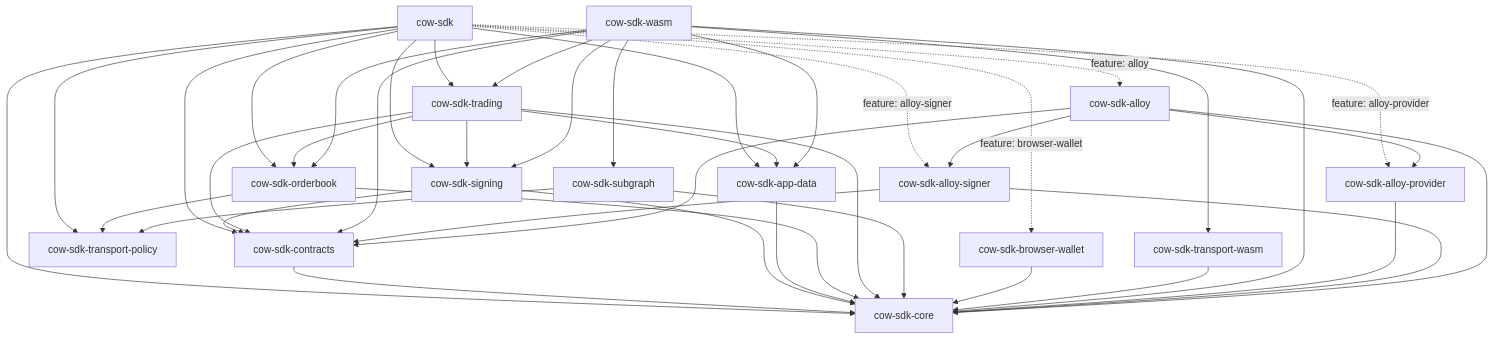
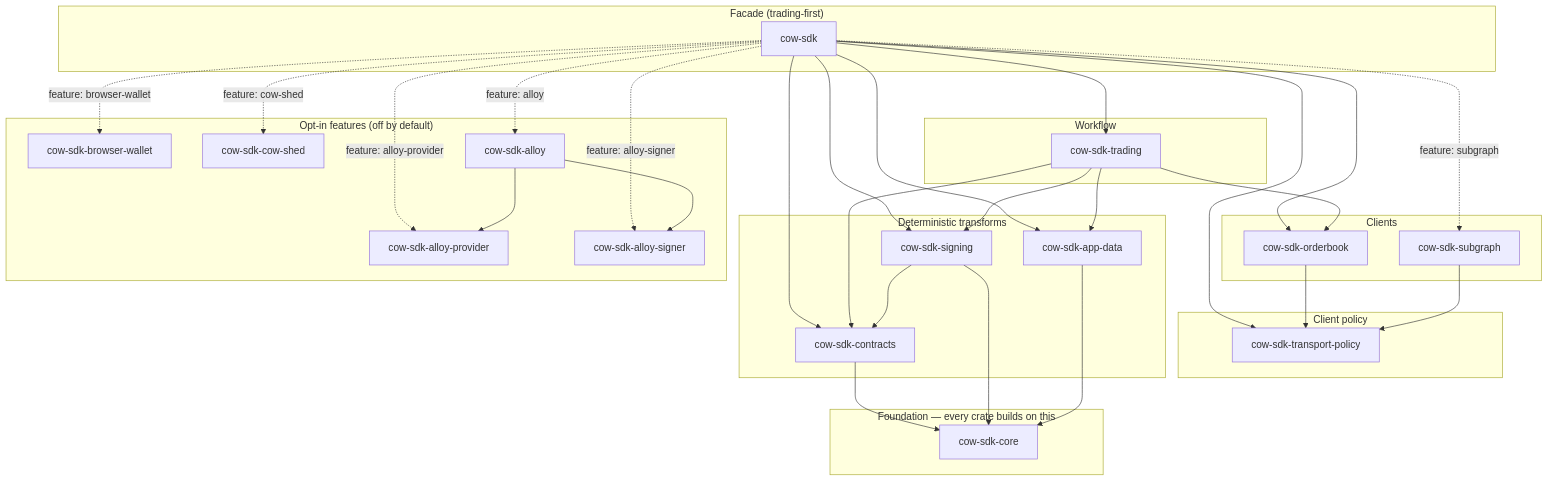
One commit to 0xSymbiome/cow-rs changed the first of 2 diagrams in docs/architecture.md. Above: the diagram before and after it, drawn with Mermaid. The commit also changed other lines of this file and 26 other files, not shown here.

First line of the commit message:
feat(subgraph): re-export subgraph through an opt-in cow-sdk facade feature

````diff
--- a/docs/architecture.md
+++ b/docs/architecture.md
@@ -6,60 +6,56 @@
 ```mermaid
 flowchart TD
-  sdk["cow-sdk"];
-  core["cow-sdk-core"];
-  contracts["cow-sdk-contracts"];
-  signing["cow-sdk-signing"];
-  appdata["cow-sdk-app-data"];
-  orderbook["cow-sdk-orderbook"];
-  transport_policy["cow-sdk-transport-policy"];
-  trading["cow-sdk-trading"];
-  subgraph_crate["cow-sdk-subgraph"];
-  wallet["cow-sdk-browser-wallet"];
-  transport_wasm["cow-sdk-transport-wasm"];
-  wasm["cow-sdk-wasm"];
-  alloy_provider["cow-sdk-alloy-provider"];
-  alloy_signer["cow-sdk-alloy-signer"];
-  alloy["cow-sdk-alloy"];
+  subgraph cl_facade["Facade (trading-first)"]
+    sdk["cow-sdk"]
+  end
+  subgraph cl_workflow["Workflow"]
+    trading["cow-sdk-trading"]
+  end
+  subgraph cl_clients["Clients"]
+    orderbook["cow-sdk-orderbook"]
+    subgraph_crate["cow-sdk-subgraph"]
+  end
+  subgraph cl_policy["Client policy"]
+    transport_policy["cow-sdk-transport-policy"]
+  end
+  subgraph cl_transforms["Deterministic transforms"]
+    contracts["cow-sdk-contracts"]
+    signing["cow-sdk-signing"]
+    appdata["cow-sdk-app-data"]
+  end
+  subgraph cl_features["Opt-in features (off by default)"]
+    wallet["cow-sdk-browser-wallet"]
+    cow_shed["cow-sdk-cow-shed"]
+    alloy["cow-sdk-alloy"]
+    alloy_provider["cow-sdk-alloy-provider"]
+    alloy_signer["cow-sdk-alloy-signer"]
+  end
+  subgraph cl_foundation["Foundation — every crate builds on this"]
+    core["cow-sdk-core"]
+  end
 
-  sdk --> core;
-  sdk --> contracts;
-  sdk --> signing;
-  sdk --> appdata;
-  sdk --> orderbook;
-  sdk --> transport_policy;
-  sdk --> trading;
-  sdk -.->|feature: browser-wallet| wallet;
-  sdk -.->|feature: alloy-provider| alloy_provider;
-  sdk -.->|feature: alloy-signer| alloy_signer;
-  sdk -.->|feature: alloy| alloy;
-  contracts --> core;
-  signing --> core;
-  signing --> contracts;
-  appdata --> core;
-  orderbook --> core;
-  orderbook --> transport_policy;
-  trading --> core;
-  trading --> contracts;
-  trading --> signing;
-  trading --> appdata;
-  trading --> orderbook;
-  subgraph_crate --> core;
-  subgraph_crate --> transport_policy;
-  wallet --> core;
-  transport_wasm --> core;
-  wasm --> core;
-  wasm --> contracts;
-  wasm --> signing;
-  wasm --> appdata;
-  wasm --> orderbook;
-  wasm --> trading;
-  wasm --> subgraph_crate;
-  wasm --> transport_wasm;
-  alloy_provider --> core;
-  alloy_signer --> core;
-  alloy_signer --> contracts;
-  alloy --> core;
-  alloy --> contracts;
-  alloy --> alloy_provider;
-  alloy --> alloy_signer;
+  sdk --> trading
+  sdk --> orderbook
+  sdk --> contracts
+  sdk --> signing
+  sdk --> appdata
+  sdk --> transport_policy
+  sdk -.->|feature: subgraph| subgraph_crate
+  sdk -.->|feature: browser-wallet| wallet
+  sdk -.->|feature: cow-shed| cow_shed
+  sdk -.->|feature: alloy| alloy
+  sdk -.->|feature: alloy-provider| alloy_provider
+  sdk -.->|feature: alloy-signer| alloy_signer
+  trading --> orderbook
+  trading --> signing
+  trading --> appdata
+  trading --> contracts
+  orderbook --> transport_policy
+  subgraph_crate --> transport_policy
+  signing --> contracts
+  alloy --> alloy_provider
+  alloy --> alloy_signer
+  contracts --> core
+  signing --> core
+  appdata --> core
 ```
````
